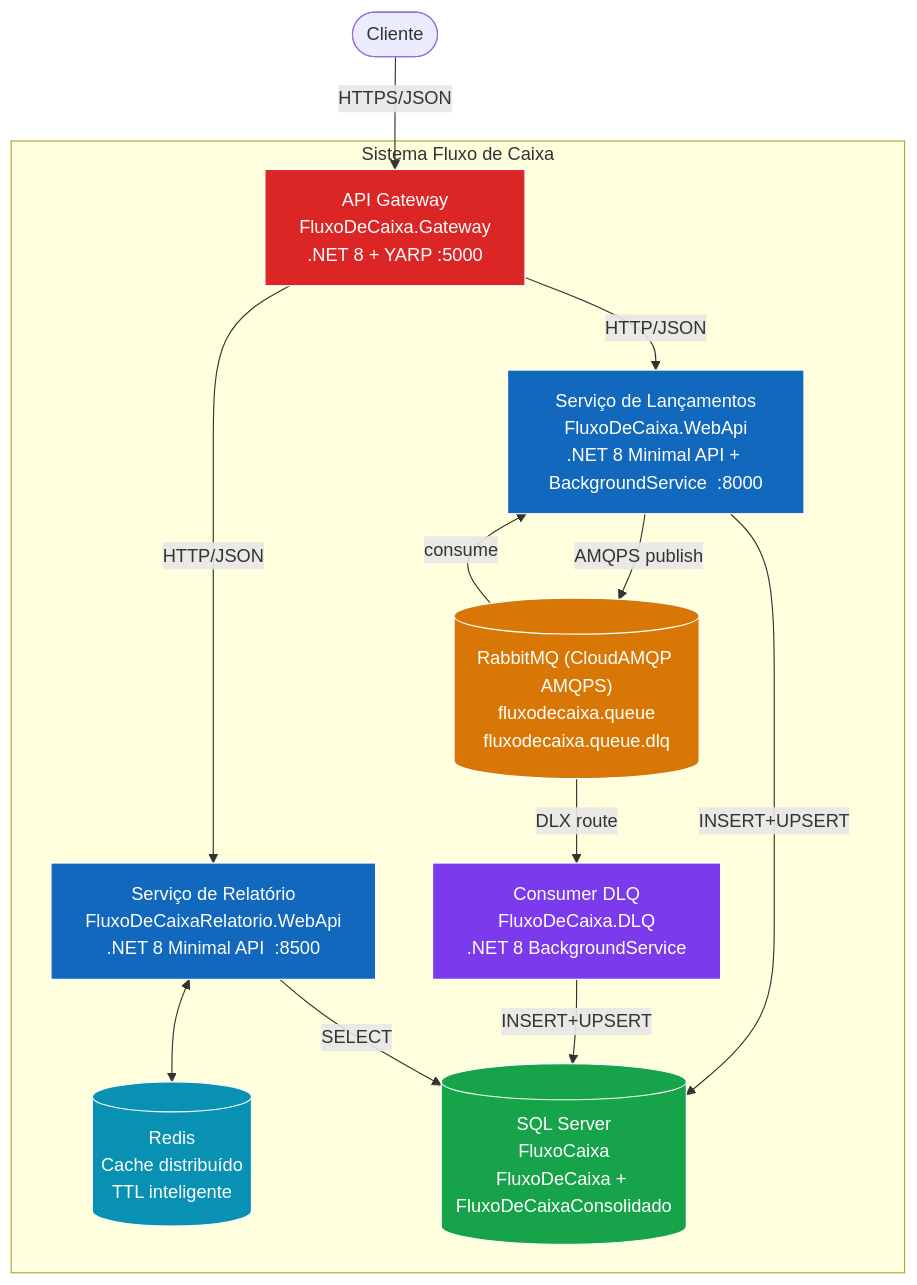
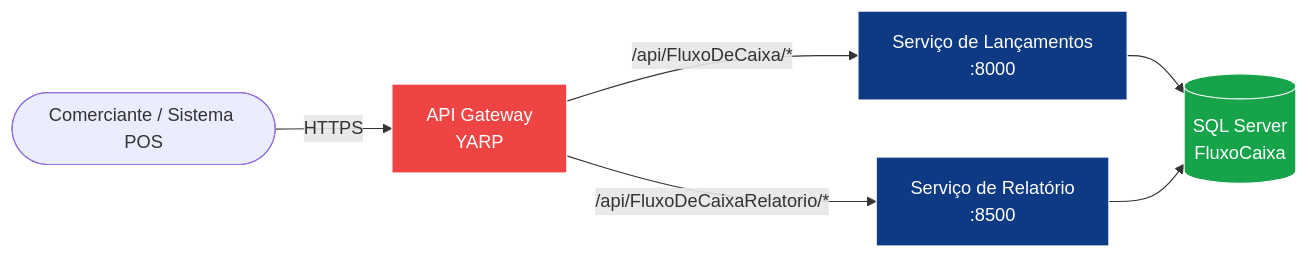
The first of 2 diagrams in readme.md (RenatoMarchisio/fluxodecaixa), drawn with Mermaid before and after one commit. The commit also changed other lines of this file, not shown here.

````diff
--- a/readme.md
+++ b/readme.md
@@ -128,30 +68,12 @@
 ```mermaid
-flowchart TB
-  Cli([Cliente])
-
-  subgraph FC[Sistema Fluxo de Caixa]
-    GW["API Gateway<br/>FluxoDeCaixa.Gateway<br/>.NET 8 + YARP  :5000"]:::gw
-    SVCL["Serviço de Lançamentos<br/>FluxoDeCaixa.WebApi<br/>.NET 8 Minimal API + BackgroundService  :8000"]:::svc
-    SVCR["Serviço de Relatório<br/>FluxoDeCaixaRelatorio.WebApi<br/>.NET 8 Minimal API  :8500"]:::svc
-    DLQP["Consumer DLQ<br/>FluxoDeCaixa.DLQ<br/>.NET 8 BackgroundService"]:::dlq
-    MQ[("RabbitMQ (CloudAMQP AMQPS)<br/>fluxodecaixa.queue<br/>fluxodecaixa.queue.dlq")]:::mq
-    REDIS[("Redis<br/>Cache distribuído<br/>TTL inteligente")]:::cache
-    DB[("SQL Server<br/>FluxoCaixa<br/>FluxoDeCaixa + FluxoDeCaixaConsolidado")]:::db
-  end
-
-  Cli    -- HTTPS/JSON --> GW
-  GW     -- HTTP/JSON  --> SVCL & SVCR
-  SVCL   -- AMQPS publish --> MQ
-  MQ     -- consume --> SVCL
-  MQ     -- DLX route --> DLQP
-  SVCL & DLQP -- INSERT+UPSERT --> DB
-  SVCR   -- SELECT --> DB
-  SVCR   <--> REDIS
-
-  classDef gw    fill:#dc2626,stroke:#fff,color:#fff;
-  classDef svc   fill:#1168bd,stroke:#fff,color:#fff;
-  classDef dlq   fill:#7c3aed,stroke:#fff,color:#fff;
-  classDef mq    fill:#d97706,stroke:#fff,color:#fff;
-  classDef cache fill:#0891b2,stroke:#fff,color:#fff;
-  classDef db    fill:#16a34a,stroke:#fff,color:#fff;
+flowchart LR
+  Cli([Comerciante / Sistema POS]) -- HTTPS --> GW[API Gateway<br/>YARP]
+  GW -- /api/FluxoDeCaixa/* --> SVCL[Serviço de Lançamentos<br/>:8000]
+  GW -- /api/FluxoDeCaixaRelatorio/* --> SVCR[Serviço de Relatório<br/>:8500]
+  SVCL --> DB[(SQL Server<br/>FluxoCaixa)]
+  SVCR --> DB
+  classDef svc fill:#0d3a82,stroke:#fff,color:#fff;
+  classDef db fill:#16a34a,stroke:#fff,color:#fff;
+  classDef gw fill:#ef4444,stroke:#fff,color:#fff;
+  class GW gw; class SVCL,SVCR svc; class DB db;
 ```
````
